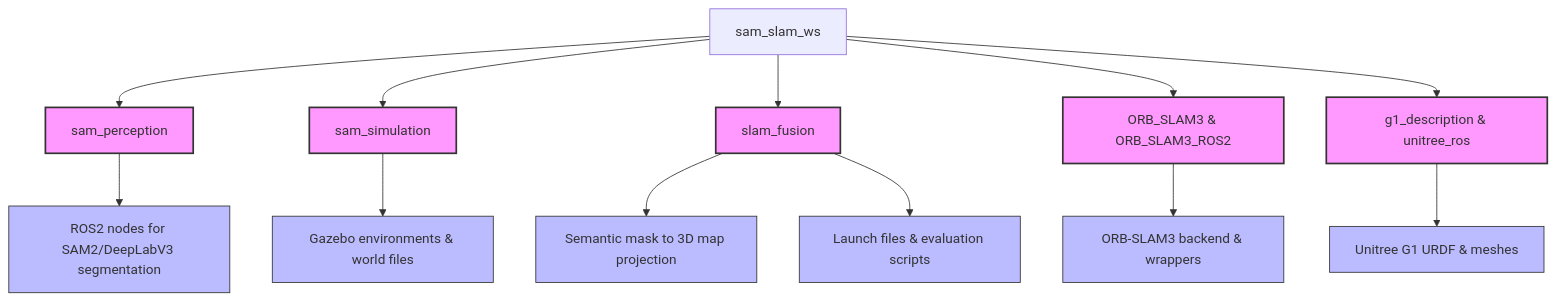
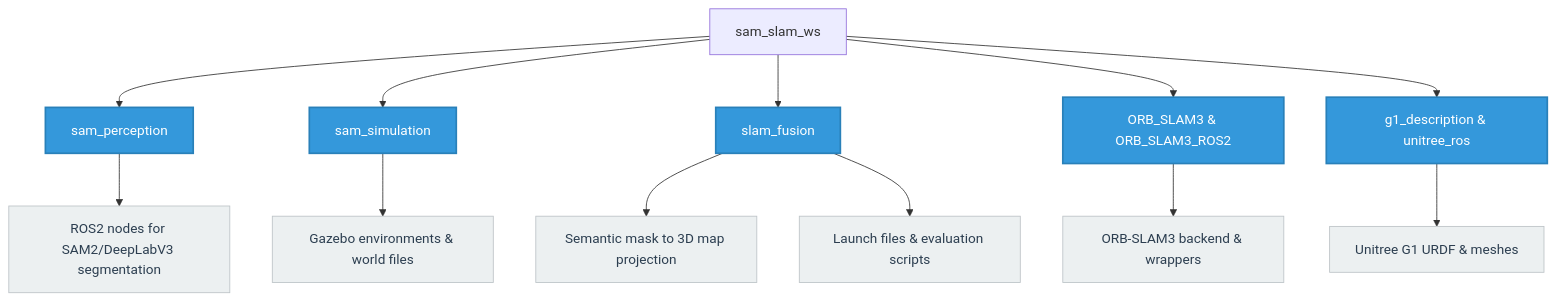
Before and after one commit to Belal-Elmikkawy/RT2_Assignment2: the diagram in README.md, drawn with Mermaid. The commit also changed other lines of this file and 37 other files, not shown here.

````diff
--- a/README.md
+++ b/README.md
@@ -23,22 +27,22 @@
 ```mermaid
 graph TD
     WS[sam_slam_ws]
     
     WS --> P[sam_perception]
     WS --> SIM[sam_simulation]
     WS --> FUS[slam_fusion]
     WS --> ORB[ORB_SLAM3 & ORB_SLAM3_ROS2]
     WS --> G1[g1_description & unitree_ros]
     
     P --> P1["ROS2 nodes for SAM2/DeepLabV3 segmentation"]
     SIM --> S1["Gazebo environments & world files"]
     FUS --> F1["Semantic mask to 3D map projection"]
     FUS --> F2["Launch files & evaluation scripts"]
     ORB --> O1["ORB-SLAM3 backend & wrappers"]
     G1 --> G1A["Unitree G1 URDF & meshes"]
 
-    classDef package fill:#f9f,stroke:#333,stroke-width:2px;
-    classDef desc fill:#bbf,stroke:#333,stroke-width:1px;
+    classDef package fill:#3498db,stroke:#2980b9,stroke-width:2px,color:#ffffff;
+    classDef desc fill:#ecf0f1,stroke:#bdc3c7,stroke-width:1px,color:#2c3e50;
     class P,SIM,FUS,ORB,G1 package;
     class P1,S1,F1,F2,O1,G1A desc;
 ```
````
